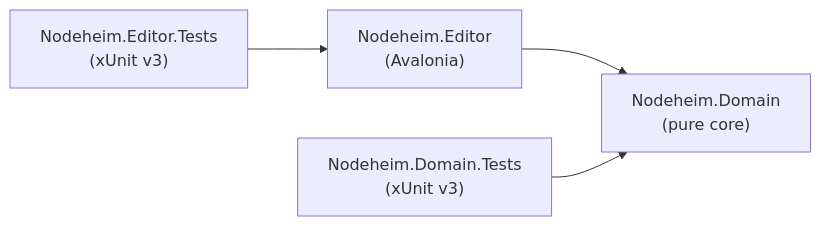
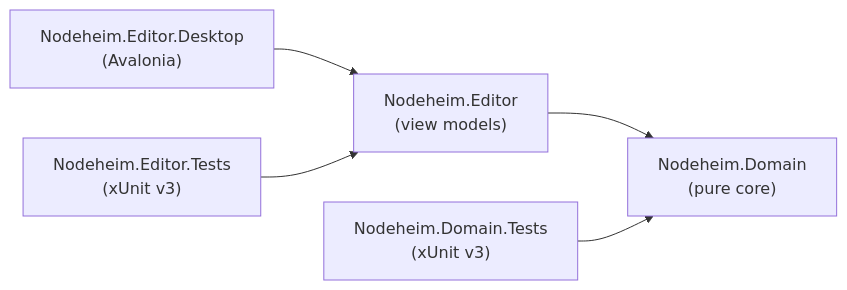
One commit to tiancama/Nodeheim changed the diagram in README.md. Above: the diagram before and after it, drawn with Mermaid. The commit also changed other lines of this file, not shown here.

````diff
--- a/README.md
+++ b/README.md
@@ -22,6 +22,6 @@
 ```mermaid
 flowchart LR
-    Editor["Nodeheim.Editor<br/>(Avalonia)"] --> Domain["Nodeheim.Domain<br/>(pure core)"]
+    Desktop["Nodeheim.Editor.Desktop<br/>(Avalonia)"] --> Editor["Nodeheim.Editor<br/>(view models)"] --> Domain["Nodeheim.Domain<br/>(pure core)"]
     DomainTests["Nodeheim.Domain.Tests<br/>(xUnit v3)"] --> Domain
     EditorTests["Nodeheim.Editor.Tests<br/>(xUnit v3)"] --> Editor
 ```
````
